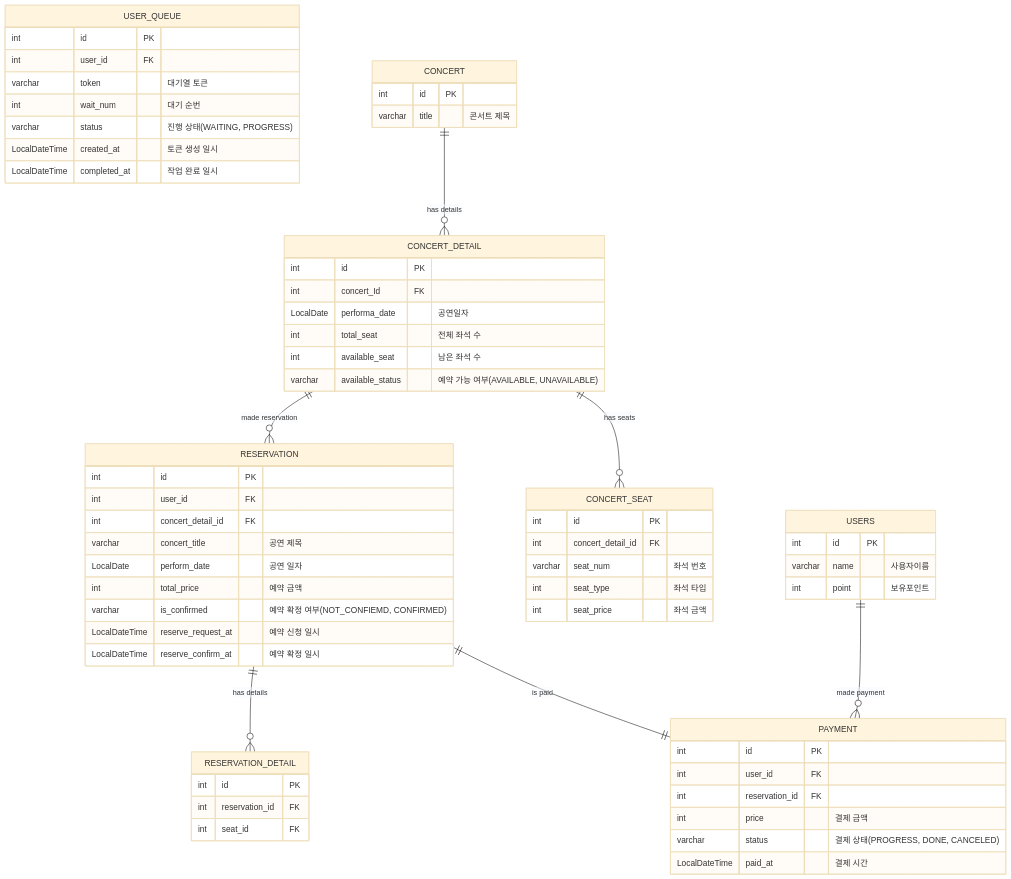
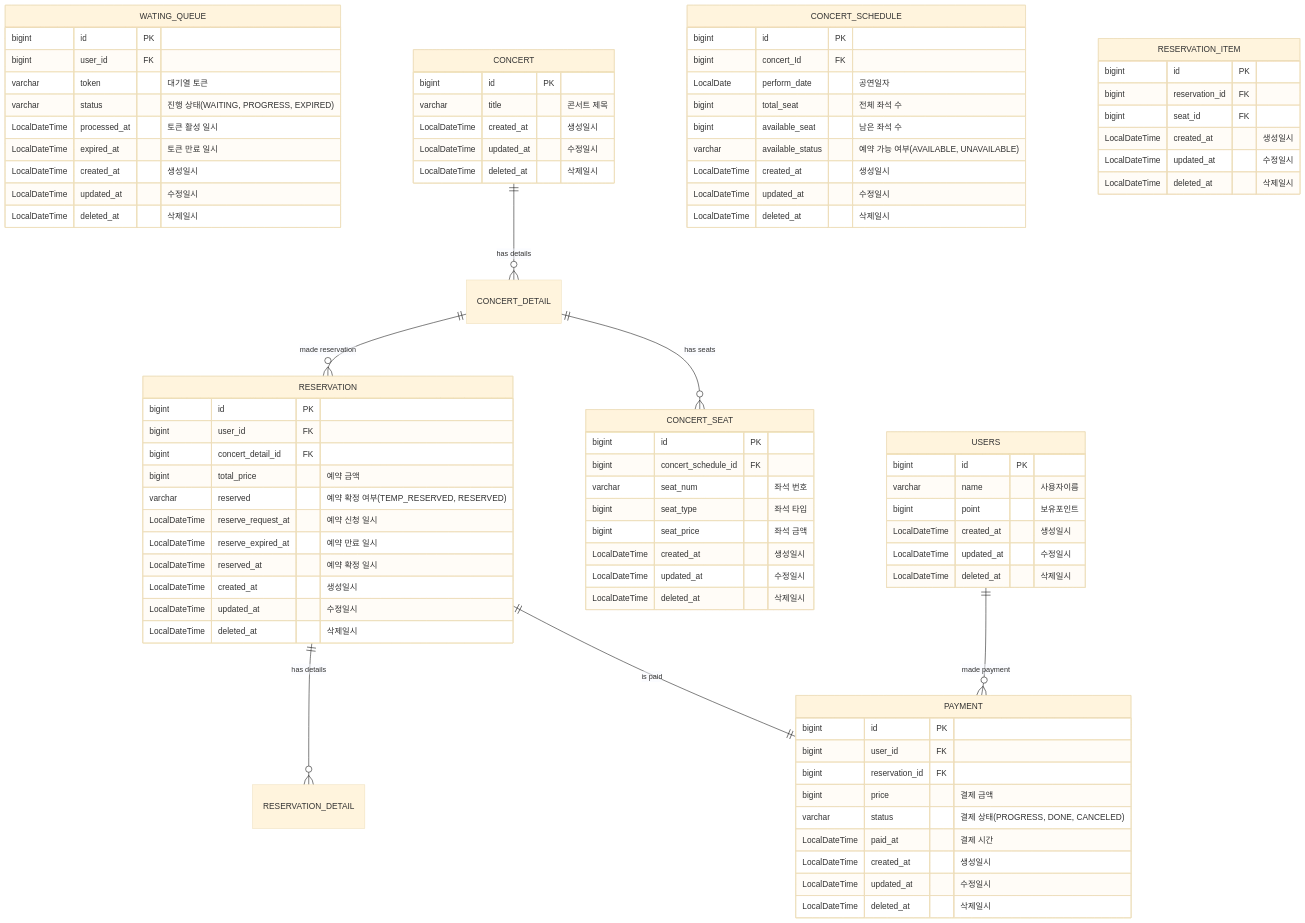
The diagram in reservation/doc/ERD.md (Lexyyaa/hhplus-reservation), drawn with Mermaid (base theme) before and after one commit.

Commit message:
ERD 피드백 반영

````diff
--- a/reservation/doc/ERD.md
+++ b/reservation/doc/ERD.md
@@ -4,68 +4,90 @@
 ```mermaid
 erDiagram
     USERS {
-        int id PK
+        bigint id PK
         varchar name "사용자이름"
-        int point "보유포인트"
+        bigint point "보유포인트"
+        LocalDateTime created_at "생성일시"
+        LocalDateTime updated_at "수정일시"
+        LocalDateTime deleted_at "삭제일시"  
     }
 
-    USER_QUEUE {
-        int id PK 
-        int user_id FK
+    WATING_QUEUE {
+        bigint id PK 
+        bigint user_id FK
         varchar token "대기열 토큰"
-        int wait_num "대기 순번"
-        varchar status "진행 상태(WAITING, PROGRESS)"
-        LocalDateTime created_at "토큰 생성 일시"
-        LocalDateTime completed_at "작업 완료 일시"
+        varchar status "진행 상태(WAITING, PROGRESS, EXPIRED)"
+        LocalDateTime processed_at "토큰 활성 일시"
+        LocalDateTime expired_at "토큰 만료 일시"
+        LocalDateTime created_at "생성일시"
+        LocalDateTime updated_at "수정일시"
+        LocalDateTime deleted_at "삭제일시"  
     }
 
     CONCERT {
-        int id PK
+        bigint id PK
         varchar title "콘서트 제목"
+        LocalDateTime created_at "생성일시"
+        LocalDateTime updated_at "수정일시"
+        LocalDateTime deleted_at "삭제일시"   
     }
 
-    CONCERT_DETAIL {
-        int id PK
-        int concert_Id FK 
-        LocalDate performa_date "공연일자"
-        int total_seat "전체 좌석 수"
-        int available_seat "남은 좌석 수"
+    CONCERT_SCHEDULE {
+        bigint id PK
+        bigint concert_Id FK 
+        LocalDate perform_date "공연일자" 
+        bigint total_seat "전체 좌석 수" 
+        bigint available_seat "남은 좌석 수"
         varchar available_status "예약 가능 여부(AVAILABLE, UNAVAILABLE)"
+        LocalDateTime created_at "생성일시"
+        LocalDateTime updated_at "수정일시"
+        LocalDateTime deleted_at "삭제일시"  
     }
 
     CONCERT_SEAT {
-        int id PK
-        int concert_detail_id FK
+        bigint id PK
+        bigint concert_schedule_id FK
         varchar seat_num "좌석 번호"
-        int seat_type "좌석 타입"
-        int seat_price "좌석 금액"
+        bigint seat_type "좌석 타입"
+        bigint seat_price "좌석 금액"
+        LocalDateTime created_at "생성일시"
+        LocalDateTime updated_at "수정일시"
+        LocalDateTime deleted_at "삭제일시"  
     }
 
     RESERVATION {
-        int id PK
-        int user_id FK
-        int concert_detail_id FK
-        varchar concert_title "공연 제목"
-        LocalDate perform_date "공연 일자"
-        int total_price "예약 금액"
-        varchar is_confirmed "예약 확정 여부(NOT_CONFIEMD, CONFIRMED)"
+        bigint id PK
+        bigint user_id FK
+        bigint concert_detail_id FK
+        bigint total_price "예약 금액"
+        varchar reserved "예약 확정 여부(TEMP_RESERVED, RESERVED)"
         LocalDateTime reserve_request_at "예약 신청 일시"
-        LocalDateTime reserve_confirm_at "예약 확정 일시"
+        LocalDateTime reserve_expired_at "예약 만료 일시"
+        LocalDateTime reserved_at "예약 확정 일시"
+        LocalDateTime created_at "생성일시"
+        LocalDateTime updated_at "수정일시"
+        LocalDateTime deleted_at "삭제일시"  
     }
 
-    RESERVATION_DETAIL {
-        int id PK
-        int reservation_id FK
-        int seat_id FK
+    RESERVATION_ITEM {
+        bigint id PK
+        bigint reservation_id FK
+        bigint seat_id FK
+        LocalDateTime created_at "생성일시"
+        LocalDateTime updated_at "수정일시"
+        LocalDateTime deleted_at "삭제일시"  
     }
 
     PAYMENT {
-        int id PK
-        int user_id FK
-        int reservation_id FK
-        int price "결제 금액"
+        bigint id PK
+        bigint user_id FK
+        bigint reservation_id FK
+        bigint price "결제 금액"
         varchar status "결제 상태(PROGRESS, DONE, CANCELED)"
         LocalDateTime paid_at "결제 시간"
+        LocalDateTime created_at "생성일시"
+        LocalDateTime updated_at "수정일시"
+        LocalDateTime deleted_at "삭제일시"  
     }
 
     RESERVATION ||--o{ RESERVATION_DETAIL: "has details"
````
